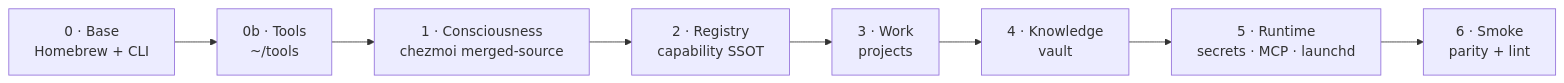
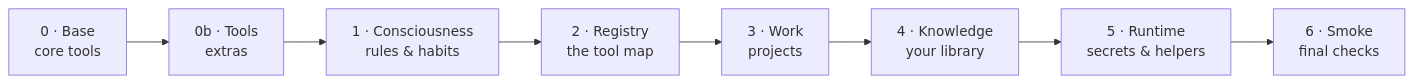
Before and after one commit to zarubinphil/athena: the third of 5 diagrams in README.md, drawn with Mermaid. The commit also changed other lines of this file and 7 other files, not shown here.

````diff
--- a/README.md
+++ b/README.md
@@ -85,10 +109,10 @@
 ```mermaid
 flowchart LR
-  L0["0 · Base<br/>Homebrew + CLI"] --> L0b["0b · Tools<br/>~/tools"]
-  L0b --> L1["1 · Consciousness<br/>chezmoi merged-source"]
-  L1 --> L2["2 · Registry<br/>capability SSOT"]
+  L0["0 · Base<br/>core tools"] --> L0b["0b · Tools<br/>extras"]
+  L0b --> L1["1 · Consciousness<br/>rules & habits"]
+  L1 --> L2["2 · Registry<br/>the tool map"]
   L2 --> L3["3 · Work<br/>projects"]
-  L3 --> L4["4 · Knowledge<br/>vault"]
-  L4 --> L5["5 · Runtime<br/>secrets · MCP · launchd"]
-  L5 --> L6["6 · Smoke<br/>parity + lint"]
+  L3 --> L4["4 · Knowledge<br/>your library"]
+  L4 --> L5["5 · Runtime<br/>secrets & helpers"]
+  L5 --> L6["6 · Smoke<br/>final checks"]
 ```
````
